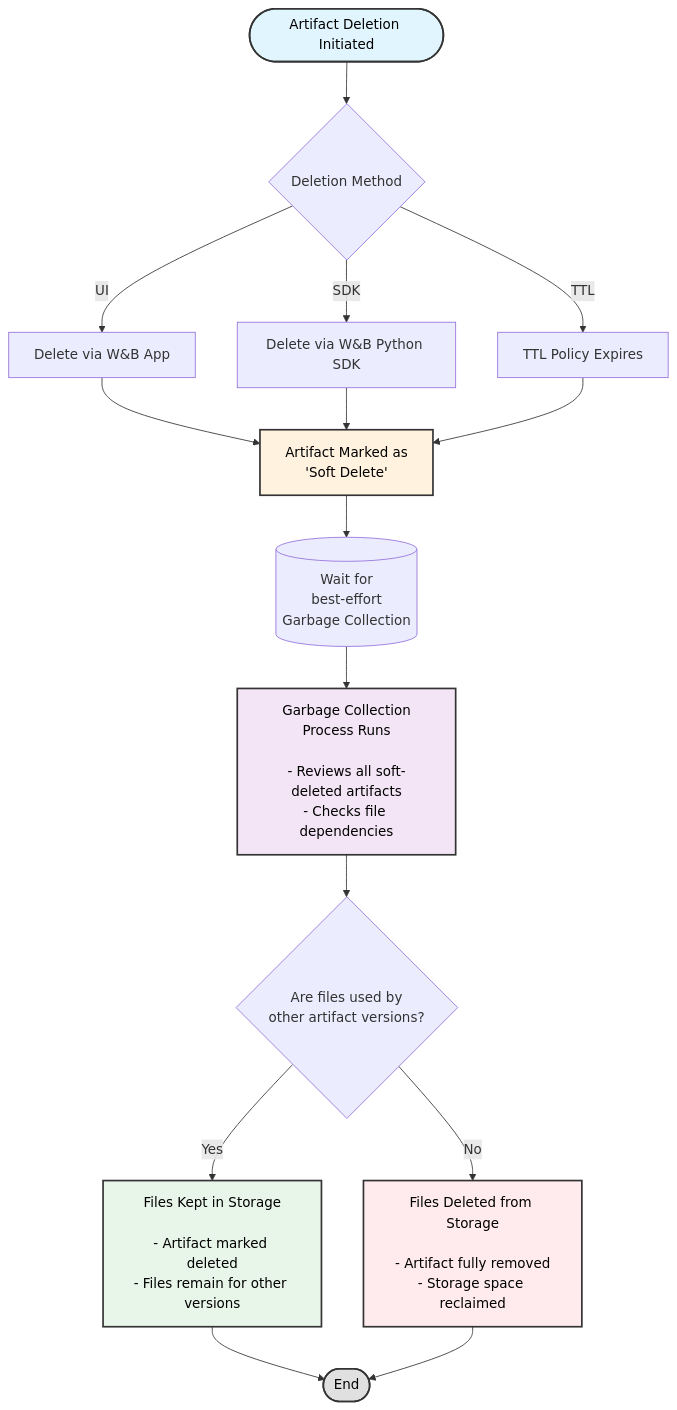
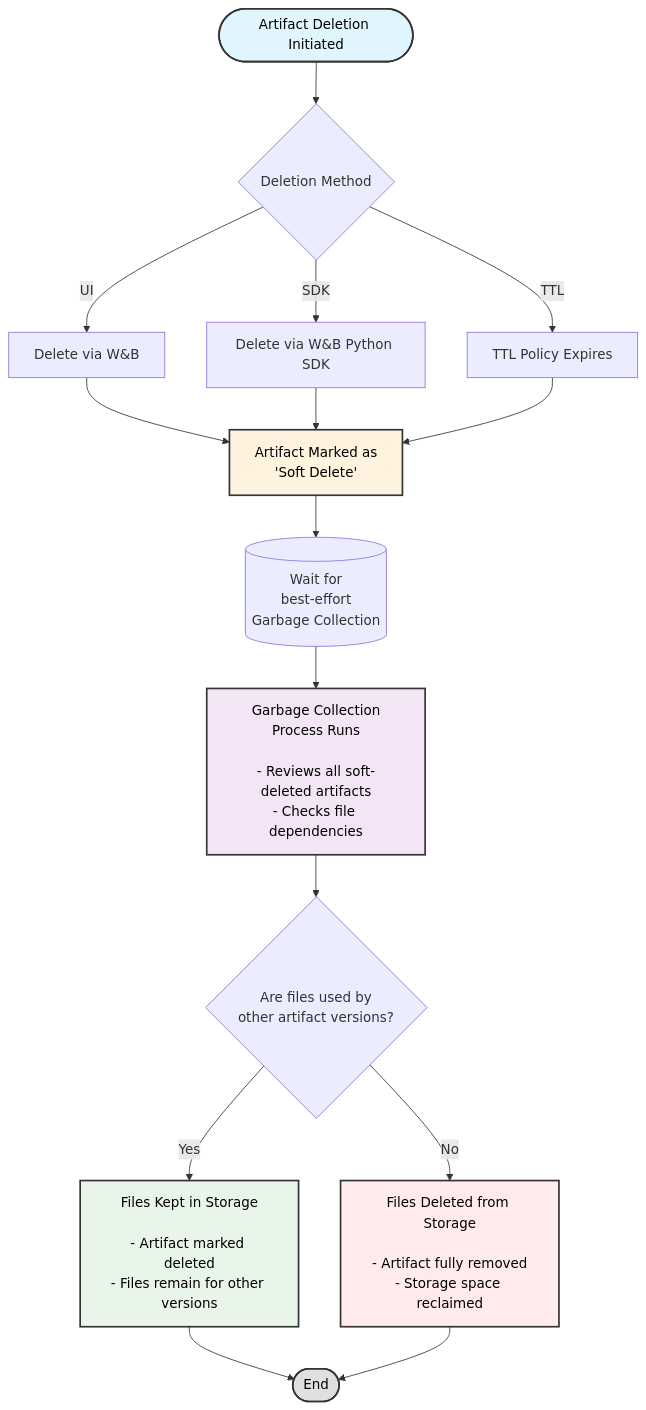
One commit to wandb/docs changed the diagram in models/artifacts/delete-artifacts.mdx. Above: the diagram before and after it, drawn with Mermaid. The commit also changed other lines of this file and 84 other files, not shown here.

````diff
--- a/models/artifacts/delete-artifacts.mdx
+++ b/models/artifacts/delete-artifacts.mdx
@@ -19,31 +19,31 @@
 ```mermaid
 graph TB
     Start([Artifact Deletion Initiated]) --> DeleteMethod{Deletion Method}
     
-    DeleteMethod -->|UI| UIDelete[Delete via W&B App]
+    DeleteMethod -->|UI| UIDelete[Delete via W&B]
     DeleteMethod -->|SDK| SDKDelete[Delete via W&B Python SDK]
     DeleteMethod -->|TTL| TTLDelete[TTL Policy Expires]
     
     UIDelete --> SoftDelete[Artifact Marked as<br/>'Soft Delete']
     SDKDelete --> SoftDelete
     TTLDelete --> SoftDelete
     
     SoftDelete --> GCWait[(Wait for<br/>best-effort<br/>Garbage Collection)]
     
     GCWait --> GCRun[Garbage Collection<br/>Process Runs<br/><br/>- Reviews all soft-deleted artifacts<br/>- Checks file dependencies]
     
     GCRun --> CheckUsage{Are files used by<br/>other artifact versions?}
     
     CheckUsage -->|Yes| KeepFiles[Files Kept in Storage<br/><br/>- Artifact marked deleted<br/>- Files remain for other versions]
     CheckUsage -->|No| DeleteFiles[Files Deleted from Storage<br/><br/>- Artifact fully removed<br/>- Storage space reclaimed]
     
     KeepFiles --> End([End])
     DeleteFiles --> End
     
     style Start fill:#e1f5fe,stroke:#333,stroke-width:2px,color:#000
     style SoftDelete fill:#fff3e0,stroke:#333,stroke-width:2px,color:#000
     style GCRun fill:#f3e5f5,stroke:#333,stroke-width:2px,color:#000
     style KeepFiles fill:#e8f5e9,stroke:#333,stroke-width:2px,color:#000
     style DeleteFiles fill:#ffebee,stroke:#333,stroke-width:2px,color:#000
     style End fill:#e0e0e0,stroke:#333,stroke-width:2px,color:#000
 ``` 
````
